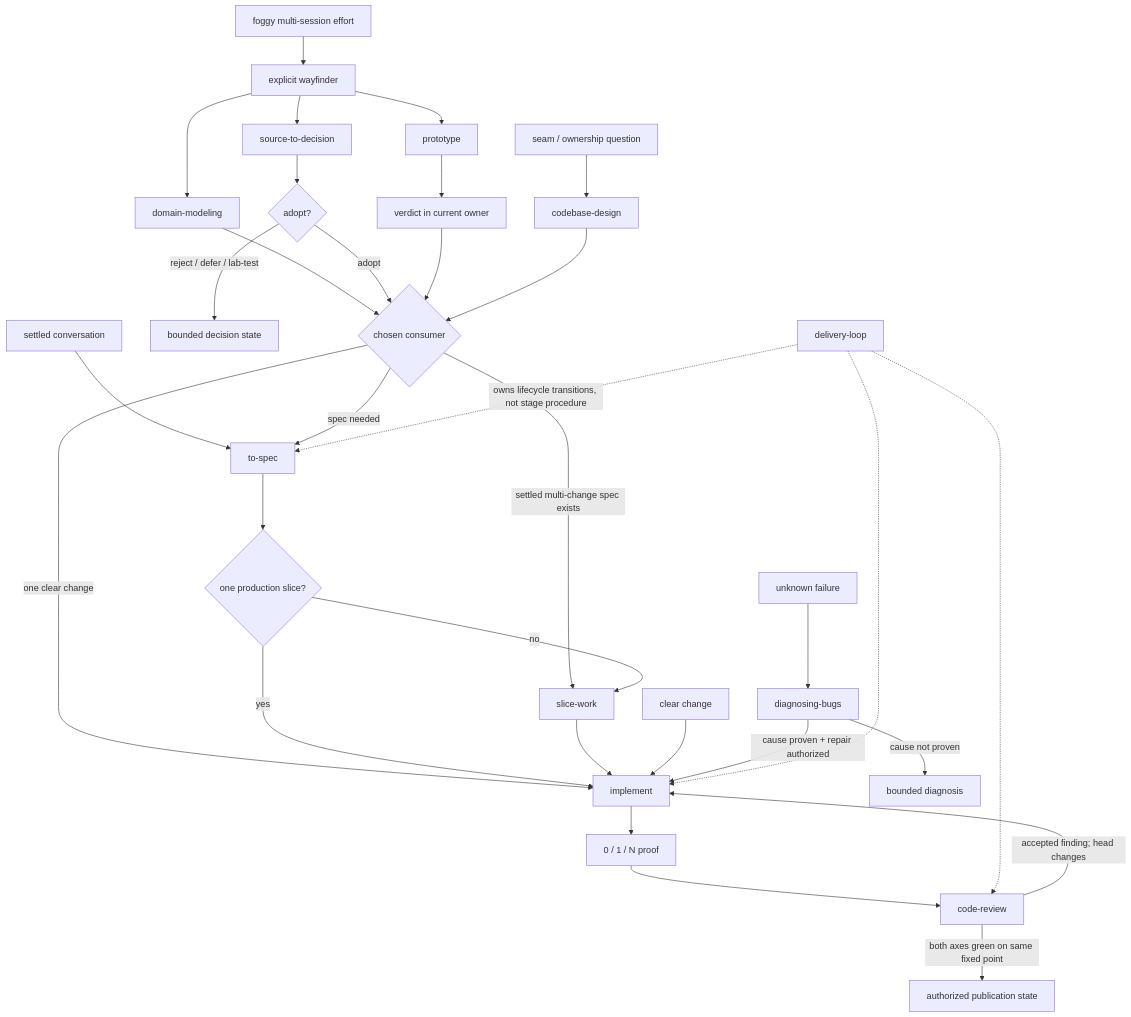
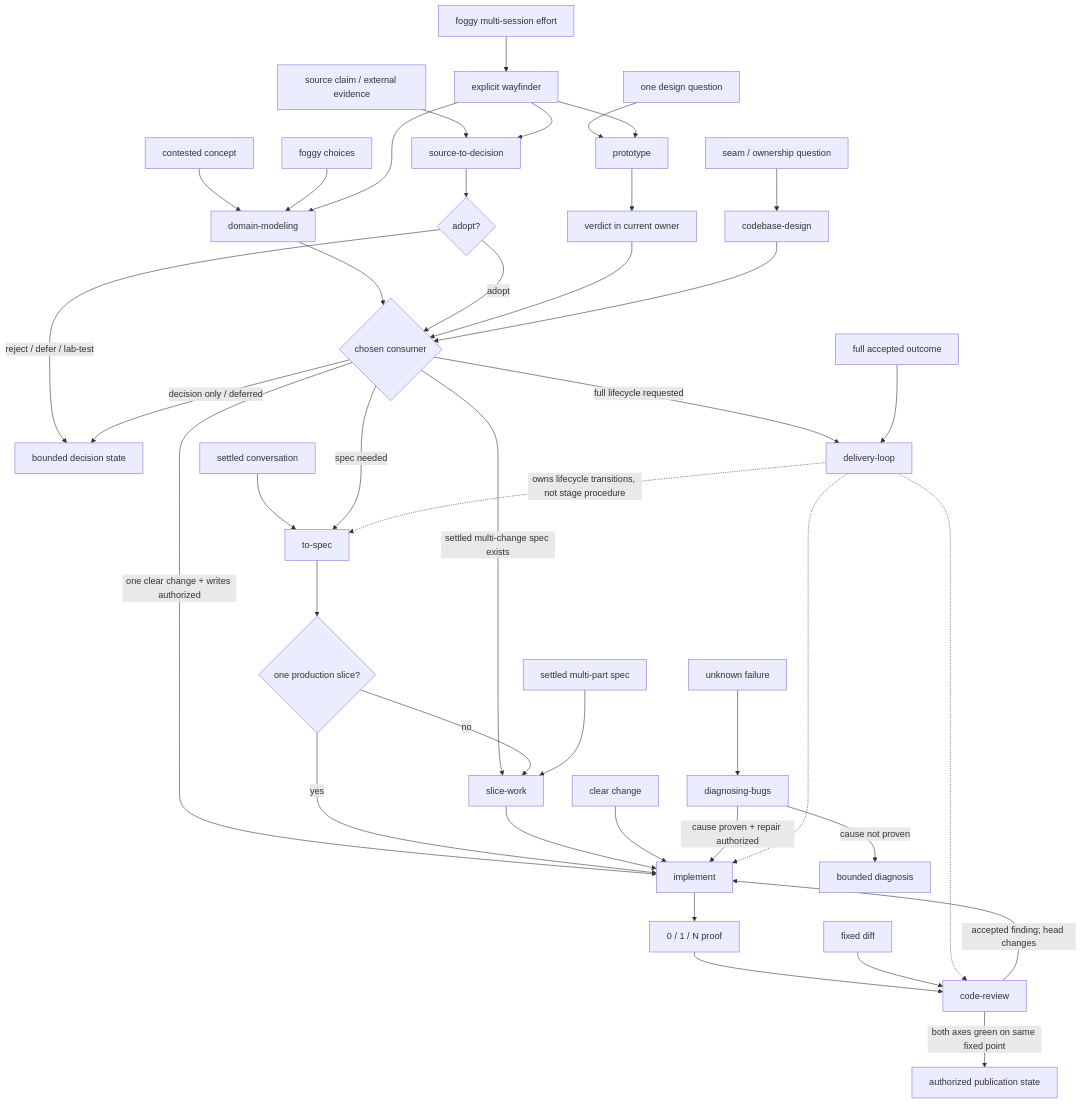
The second of 2 diagrams in docs/research/orchestration.md (korneliuszburian/krn-codex-skills), drawn with Mermaid before and after one commit. The commit also changed other lines of this file and 22 other files, not shown here.

````diff
--- a/docs/research/orchestration.md
+++ b/docs/research/orchestration.md
@@ -68,34 +72,43 @@
 ```mermaid
 flowchart TD
   FOG["foggy multi-session effort"] --> WAY["explicit wayfinder"]
+  CONCEPT["contested concept"] --> DM
+  CHOICES["foggy choices"] --> DM
+  SOURCE["source claim / external evidence"] --> S2D
+  QUESTION["one design question"] --> PROTO
   WAY --> DM["domain-modeling"]
   WAY --> S2D["source-to-decision"]
   WAY --> PROTO["prototype"]
   DM --> CHOSEN{"chosen consumer"}
   S2D --> DISP{"adopt?"}
   DISP -->|reject / defer / lab-test| TERMINAL["bounded decision state"]
   DISP -->|adopt| CHOSEN
   PROTO --> VERDICT["verdict in current owner"] --> CHOSEN
 
   THREAD["settled conversation"] --> SPEC["to-spec"]
   CHOSEN -->|spec needed| SPEC
-  CHOSEN -->|one clear change| IMPL
+  CHOSEN -->|full lifecycle requested| LOOP
+  CHOSEN -->|one clear change + writes authorized| IMPL
   CHOSEN -->|settled multi-change spec exists| SLICE
+  CHOSEN -->|decision only / deferred| TERMINAL
   SPEC --> SIZE{"one production slice?"}
   SIZE -->|yes| IMPL["implement"]
   SIZE -->|no| SLICE["slice-work"] --> IMPL
+  SETTLED["settled multi-part spec"] --> SLICE
 
   CLEAR["clear change"] --> IMPL
   FAULT["unknown failure"] --> DIAG["diagnosing-bugs"]
   DIAG -->|cause proven + repair authorized| IMPL
   DIAG -->|cause not proven| BOUNDED["bounded diagnosis"]
   SEAM["seam / ownership question"] --> DESIGN["codebase-design"] --> CHOSEN
 
   IMPL --> PROOF["0 / 1 / N proof"] --> REVIEW["code-review"]
+  FIXED["fixed diff"] --> REVIEW
   REVIEW -->|accepted finding; head changes| IMPL
   REVIEW -->|both axes green on same fixed point| PUB["authorized publication state"]
 
-  LOOP["delivery-loop"] -. owns lifecycle transitions, not stage procedure .-> SPEC
+  FULL["full accepted outcome"] --> LOOP["delivery-loop"]
+  LOOP -. owns lifecycle transitions, not stage procedure .-> SPEC
   LOOP -.-> IMPL
   LOOP -.-> REVIEW
 ```
````
